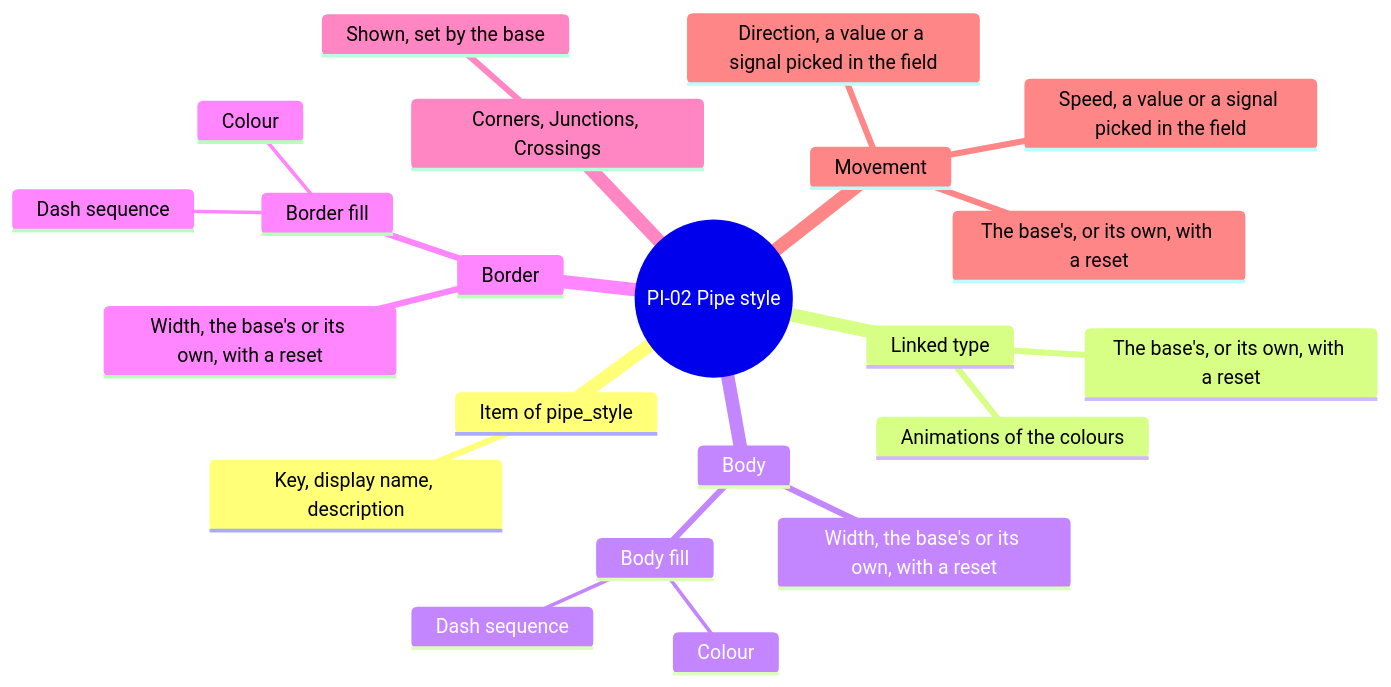
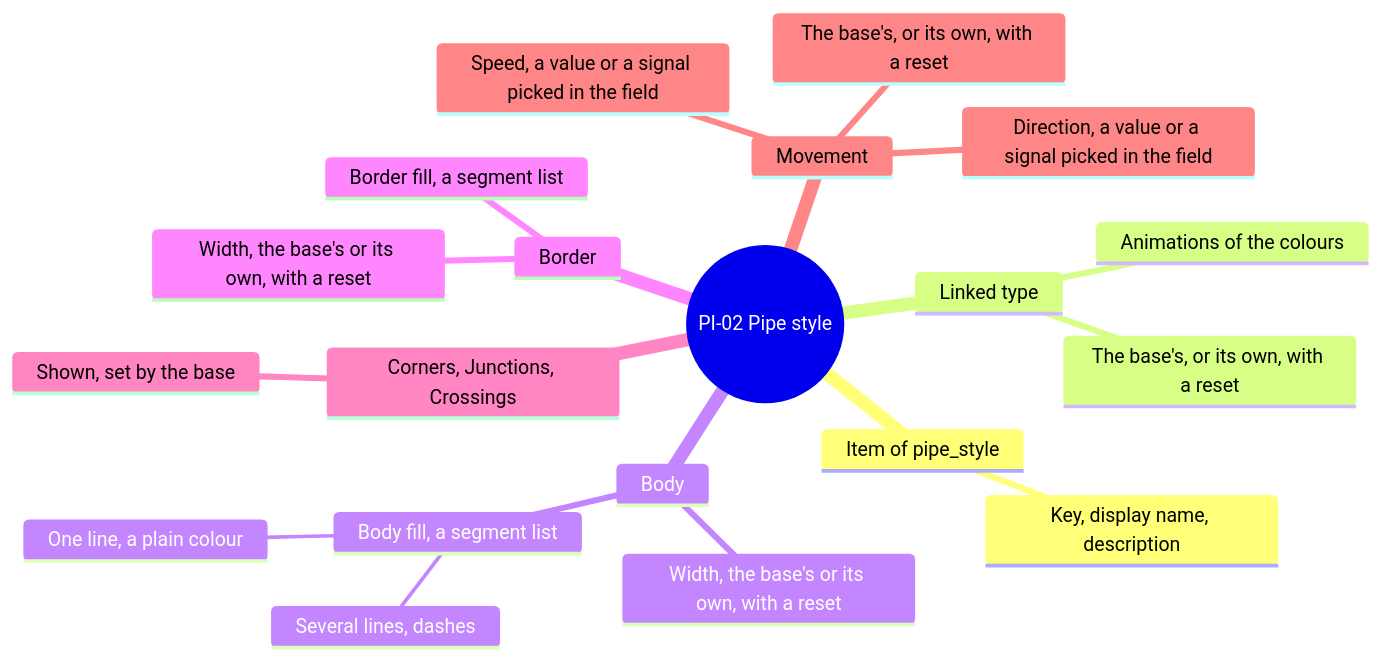
The fourth of 6 diagrams in screens/pipes.md (AlexandreGallais/synoptic-studio-spec), drawn with Mermaid before and after one commit. The commit also changed other lines of this file and 11 other files, not shown here.

First line of the commit message:
docs(controls): draw size, colour and border fields like figma

````diff
--- a/screens/pipes.md
+++ b/screens/pipes.md
@@ -94,25 +94,23 @@
 ```mermaid
 mindmap
   root((PI-02 Pipe style))
     Item of pipe_style
       Key, display name, description
     Linked type
       The base's, or its own, with a reset
       Animations of the colours
     Body
       Width, the base's or its own, with a reset
-      Body fill
-        Colour
-        Dash sequence
+      Body fill, a segment list
+        One line, a plain colour
+        Several lines, dashes
     Border
       Width, the base's or its own, with a reset
-      Border fill
-        Colour
-        Dash sequence
+      Border fill, a segment list
     Corners, Junctions, Crossings
       Shown, set by the base
     Movement
       The base's, or its own, with a reset
       Direction, a value or a signal picked in the field
       Speed, a value or a signal picked in the field
 ```
````
